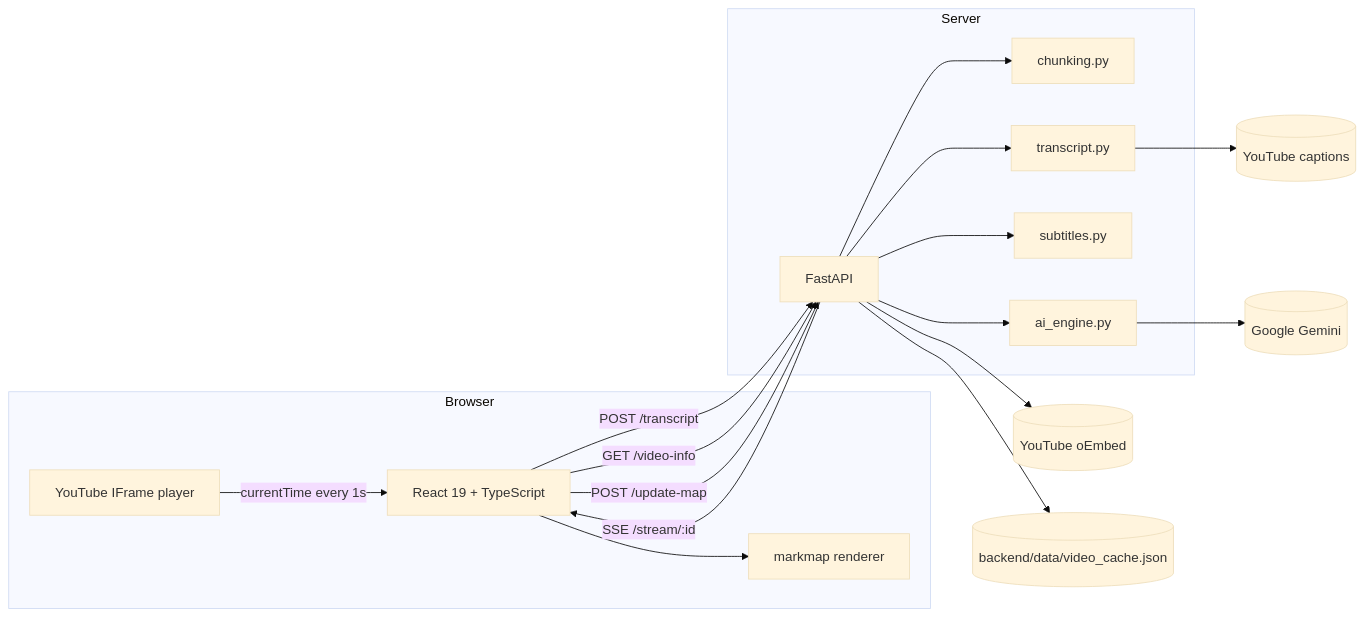
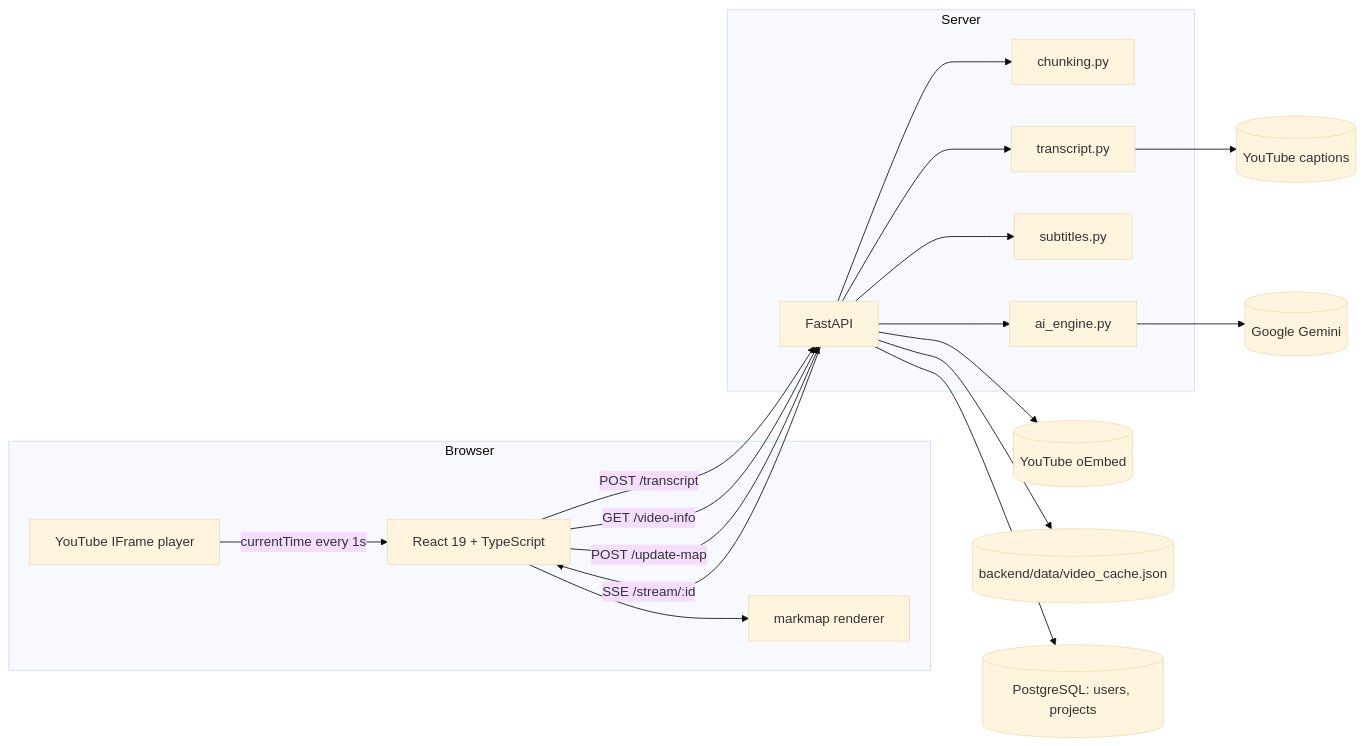
Before and after one commit to KivicDu/yt-mindmap: the first of 2 diagrams in docs/architecture.md, drawn with Mermaid (base theme). The commit also changed other lines of this file and 19 other files, not shown here.

````diff
--- a/docs/architecture.md
+++ b/docs/architecture.md
@@ -10,34 +10,36 @@
 ```mermaid
 flowchart LR
     subgraph Browser
         UI[React 19 + TypeScript]
         YT[YouTube IFrame player]
         MM[markmap renderer]
     end
 
     subgraph Server
         API[FastAPI]
         CH[chunking.py]
         AI[ai_engine.py]
         ST[subtitles.py]
         TR[transcript.py]
     end
 
     GEMINI[(Google Gemini)]
     CAPTIONS[(YouTube captions)]
     OEMBED[(YouTube oEmbed)]
     CACHE[(backend/data/video_cache.json)]
+    DB[(PostgreSQL: users, projects)]
 
     UI -->|POST /transcript| API
     API --> TR --> CAPTIONS
     UI -->|GET /video-info| API
     API --> OEMBED
     API --> ST
     API --> CH
     API --> AI --> GEMINI
     API --> CACHE
+    API --> DB
     UI -->|POST /update-map| API
     API -->|SSE /stream/:id| UI
     UI --> MM
     YT -->|currentTime every 1s| UI
 ```
````
